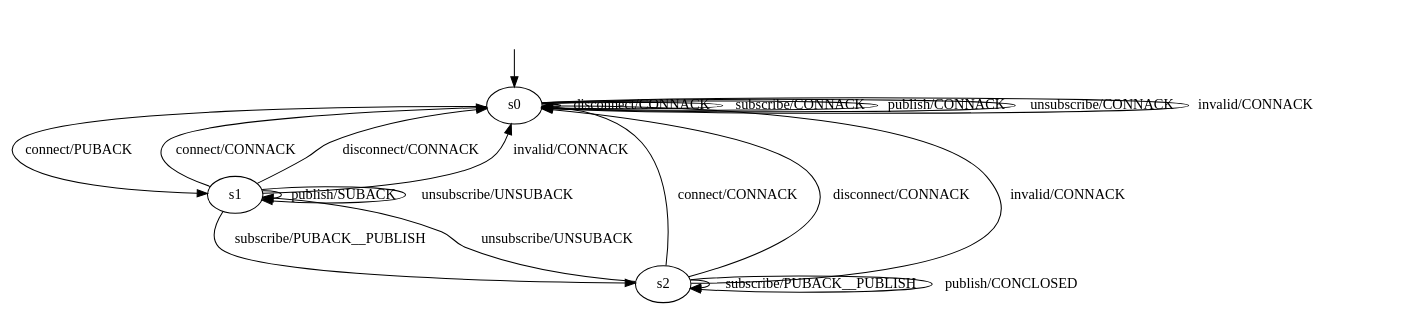
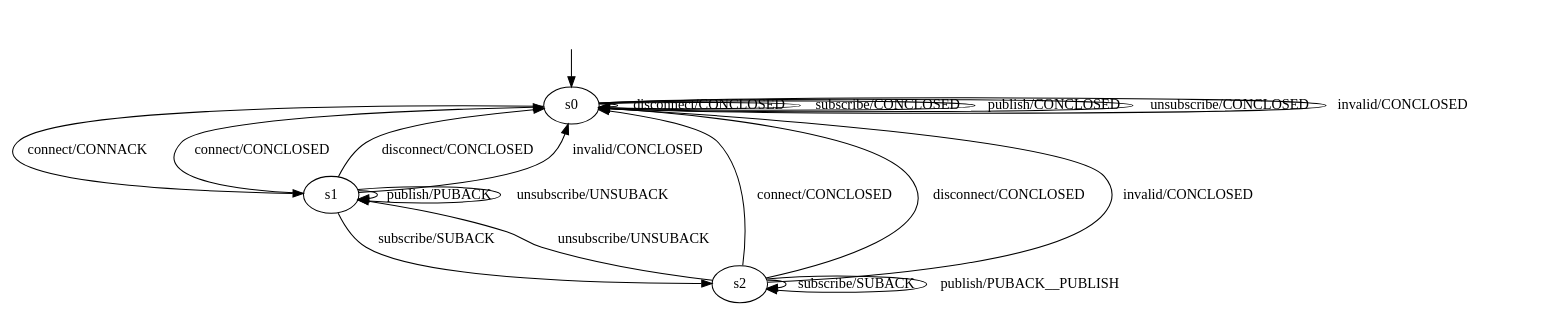
Before and after one commit to DES-Lab/Extracting-FSM-From-RNNs: the diagram in LearnedAutomata/learned_mqtt.dot, drawn with Graphviz. The commit also changed 6 other files, not shown here.

```diff
--- a/LearnedAutomata/learned_mqtt.dot
+++ b/LearnedAutomata/learned_mqtt.dot
@@ -1,25 +1,25 @@
 digraph "LearnedAutomata/learned_mqtt" {
 s0 [label=s0];
 s1 [label=s1];
 s2 [label=s2];
-s0 -> s1  [label="connect/PUBACK"];
-s0 -> s0  [label="disconnect/CONNACK"];
-s0 -> s0  [label="subscribe/CONNACK"];
-s0 -> s0  [label="publish/CONNACK"];
-s0 -> s0  [label="unsubscribe/CONNACK"];
-s0 -> s0  [label="invalid/CONNACK"];
-s1 -> s0  [label="connect/CONNACK"];
-s1 -> s0  [label="disconnect/CONNACK"];
-s1 -> s2  [label="subscribe/PUBACK__PUBLISH"];
-s1 -> s1  [label="publish/SUBACK"];
+s0 -> s1  [label="connect/CONNACK"];
+s0 -> s0  [label="disconnect/CONCLOSED"];
+s0 -> s0  [label="subscribe/CONCLOSED"];
+s0 -> s0  [label="publish/CONCLOSED"];
+s0 -> s0  [label="unsubscribe/CONCLOSED"];
+s0 -> s0  [label="invalid/CONCLOSED"];
+s1 -> s0  [label="connect/CONCLOSED"];
+s1 -> s0  [label="disconnect/CONCLOSED"];
+s1 -> s2  [label="subscribe/SUBACK"];
+s1 -> s1  [label="publish/PUBACK"];
 s1 -> s1  [label="unsubscribe/UNSUBACK"];
-s1 -> s0  [label="invalid/CONNACK"];
-s2 -> s0  [label="connect/CONNACK"];
-s2 -> s0  [label="disconnect/CONNACK"];
-s2 -> s2  [label="subscribe/PUBACK__PUBLISH"];
-s2 -> s2  [label="publish/CONCLOSED"];
+s1 -> s0  [label="invalid/CONCLOSED"];
+s2 -> s0  [label="connect/CONCLOSED"];
+s2 -> s0  [label="disconnect/CONCLOSED"];
+s2 -> s2  [label="subscribe/SUBACK"];
+s2 -> s2  [label="publish/PUBACK__PUBLISH"];
 s2 -> s1  [label="unsubscribe/UNSUBACK"];
-s2 -> s0  [label="invalid/CONNACK"];
+s2 -> s0  [label="invalid/CONCLOSED"];
 __start0 [label="", shape=none];
 __start0 -> s0  [label=""];
 }
```
